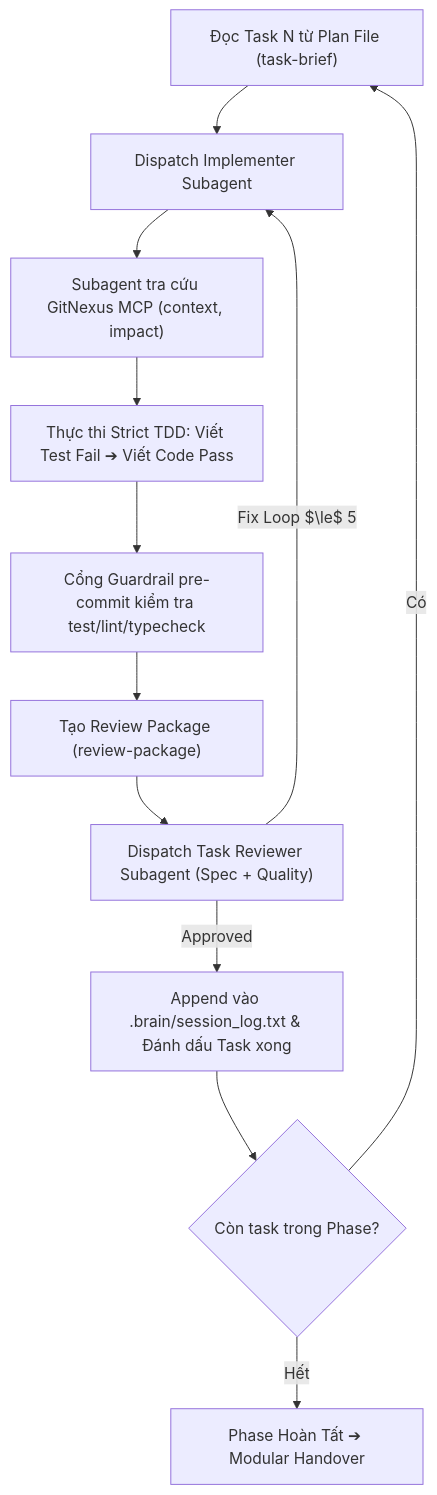
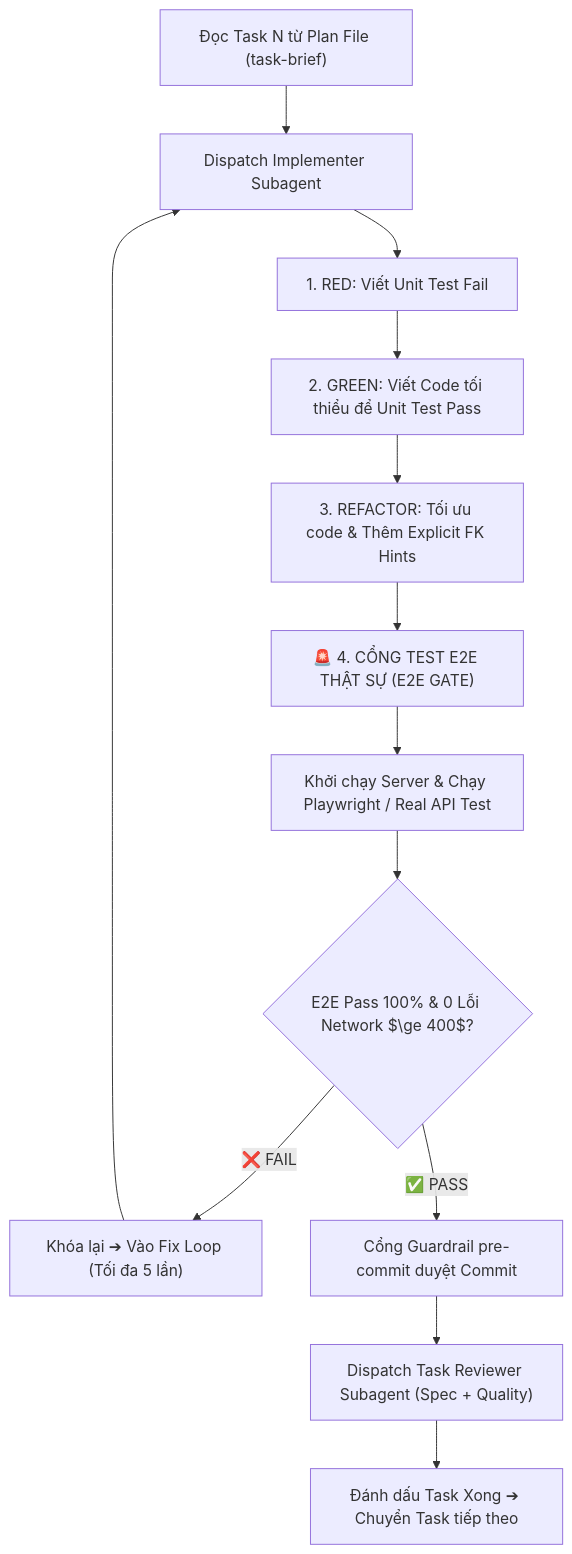
One commit to tranngoc-dev/Anti-Workflow-Ultimate changed the diagram in global_workflows/code.md. Above: the diagram before and after it, drawn with Mermaid. The commit also changed other lines of this file and 5 other files, not shown here.

Commit message:
feat: add mandatory E2E pass-to-proceed gate after every feature and bug fix (v4.6.0)

````diff
--- a/global_workflows/code.md
+++ b/global_workflows/code.md
@@ -46,14 +44,15 @@
 ```mermaid
 flowchart TD
     A["Đọc Task N từ Plan File (task-brief)"] --> B["Dispatch Implementer Subagent"]
-    B --> C["Subagent tra cứu GitNexus MCP (context, impact)"]
-    C --> D["Thực thi Strict TDD: Viết Test Fail ➔ Viết Code Pass"]
-    D --> E["Cổng Guardrail pre-commit kiểm tra test/lint/typecheck"]
-    E --> F["Tạo Review Package (review-package)"]
-    F --> G["Dispatch Task Reviewer Subagent (Spec + Quality)"]
-    G -->|Fix Loop $\le$ 5| B
-    G -->|Approved| H["Append vào .brain/session_log.txt & Đánh dấu Task xong"]
-    H --> I{"Còn task trong Phase?"}
-    I -->|Có| A
-    I -->|Hết| J["Phase Hoàn Tất ➔ Modular Handover"]
+    B --> C["1. RED: Viết Unit Test Fail"]
+    C --> D["2. GREEN: Viết Code tối thiểu để Unit Test Pass"]
+    D --> E["3. REFACTOR: Tối ưu code & Thêm Explicit FK Hints"]
+    E --> F["🚨 4. CỔNG TEST E2E THẬT SỰ (E2E GATE)"]
+    F --> G["Khởi chạy Server & Chạy Playwright / Real API Test"]
+    G --> H{"E2E Pass 100% & 0 Lỗi Network $\ge 400$?"}
+    H -->|❌ FAIL| I["Khóa lại ➔ Vào Fix Loop (Tối đa 5 lần)"]
+    I --> B
+    H -->|✅ PASS| J["Cổng Guardrail pre-commit duyệt Commit"]
+    J --> K["Dispatch Task Reviewer Subagent (Spec + Quality)"]
+    K --> L["Đánh dấu Task Xong ➔ Chuyển Task tiếp theo"]
 ```
````
